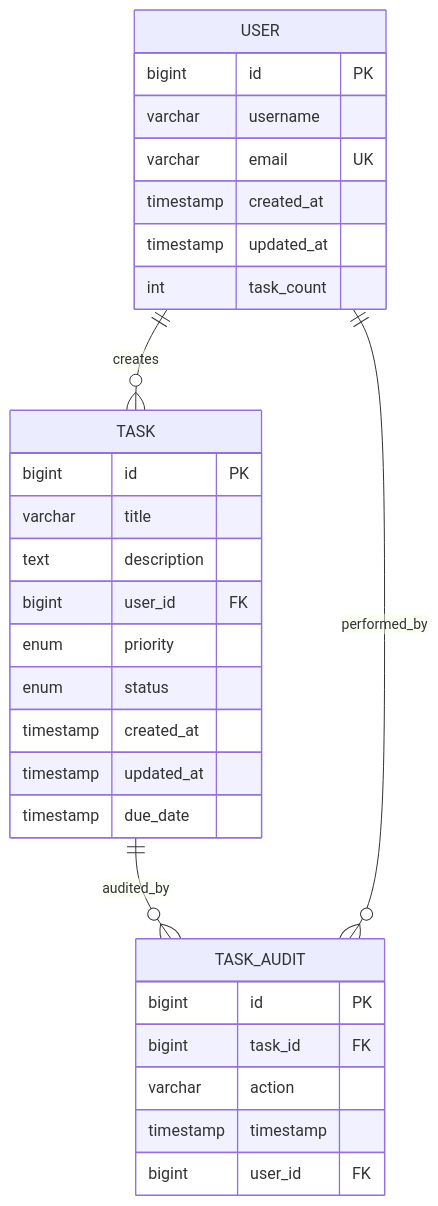
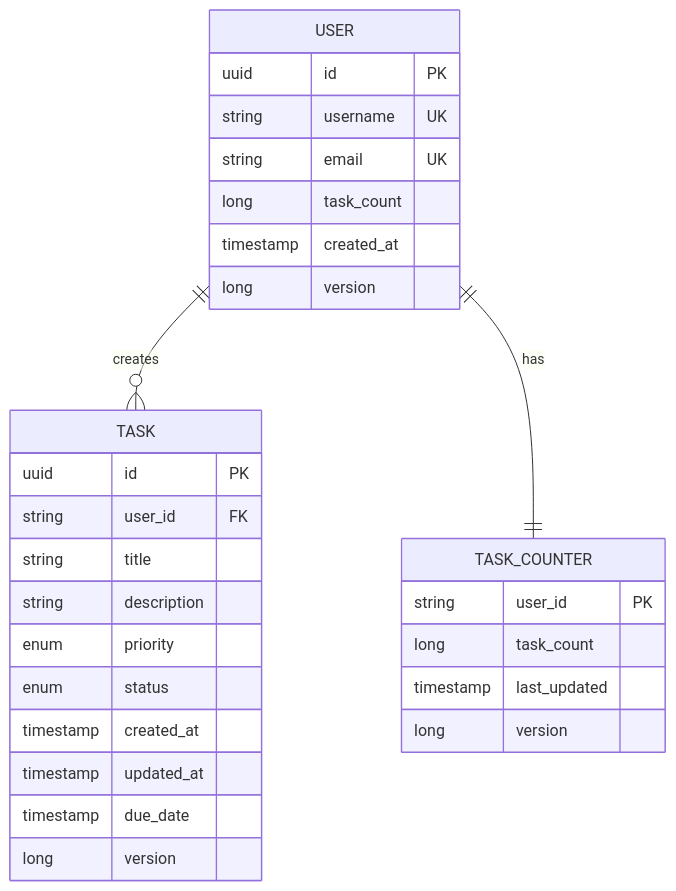
One commit to ThapaswiASC/SCIB-INCEPTION-PHASE-DEMO changed the diagram in lld/lld_DEMO-757.md. Above: the diagram before and after it, drawn with Mermaid. The commit also changed other lines of this file, not shown here.

Commit message:
feat: Add SpringBoot LLD for task management system supporting 10K tasks per user (DEMO-757)

````diff
--- a/lld/lld_DEMO-757.md
+++ b/lld/lld_DEMO-757.md
@@ -344,35 +373,34 @@
 ```mermaid
 erDiagram
     USER {
-        bigint id PK
-        varchar username
-        varchar email UK
+        uuid id PK
+        string username UK
+        string email UK
+        long task_count
         timestamp created_at
-        timestamp updated_at
-        int task_count
+        long version
     }
     
     TASK {
-        bigint id PK
-        varchar title
-        text description
-        bigint user_id FK
+        uuid id PK
+        string user_id FK
+        string title
+        string description
         enum priority
         enum status
         timestamp created_at
         timestamp updated_at
         timestamp due_date
+        long version
     }
     
-    TASK_AUDIT {
-        bigint id PK
-        bigint task_id FK
-        varchar action
-        timestamp timestamp
-        bigint user_id FK
+    TASK_COUNTER {
+        string user_id PK
+        long task_count
+        timestamp last_updated
+        long version
     }
     
     USER ||--o{ TASK : creates
-    TASK ||--o{ TASK_AUDIT : audited_by
-    USER ||--o{ TASK_AUDIT : performed_by
+    USER ||--|| TASK_COUNTER : has
 ```
````
